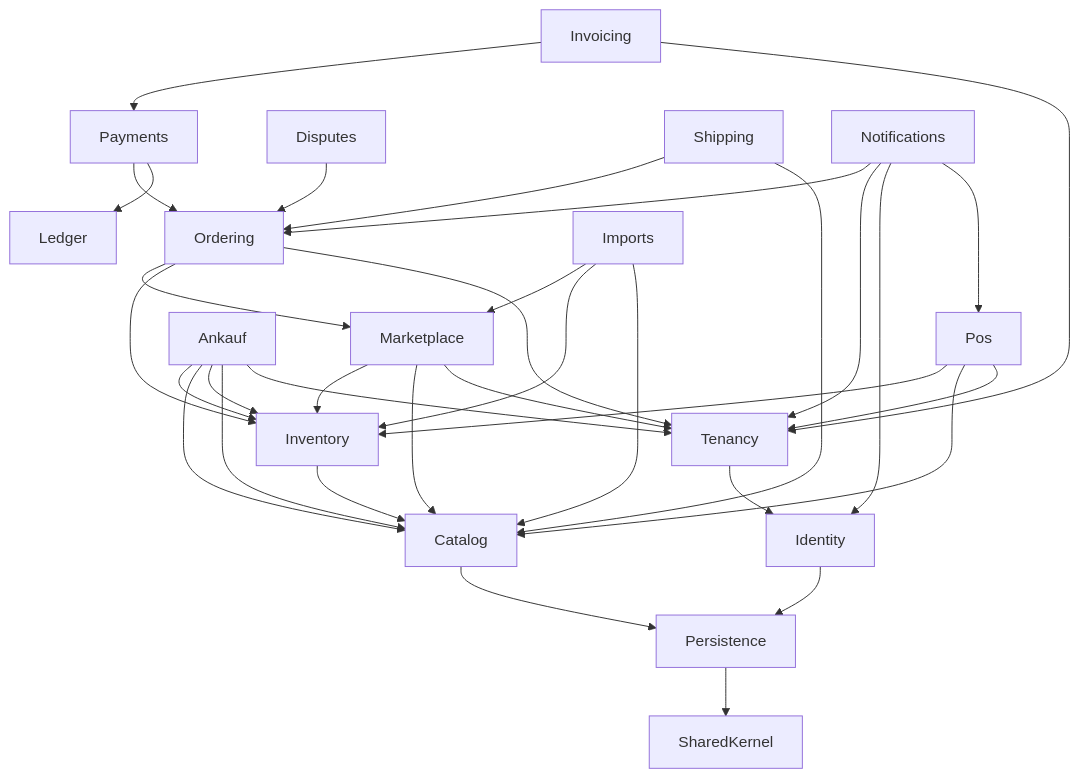
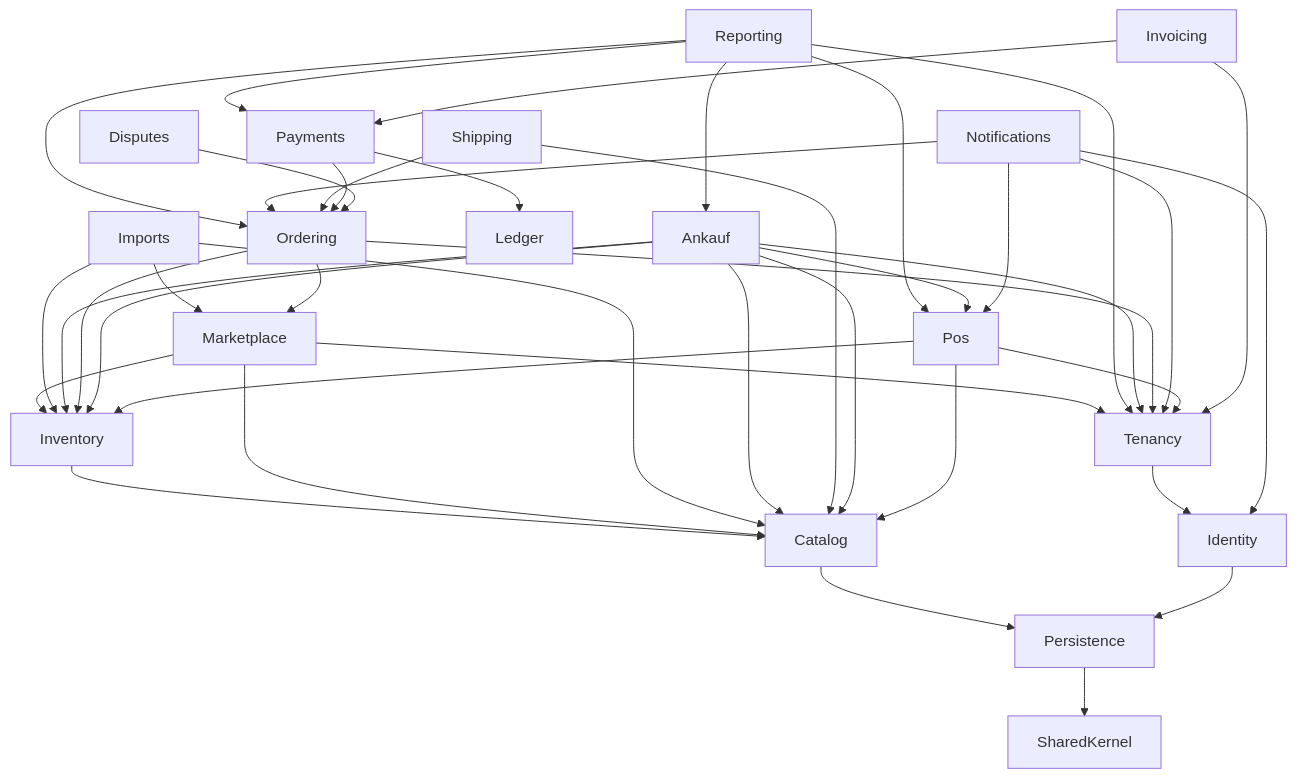
Before and after one commit to sedatakyol-49/handyNet: the second of 2 diagrams in docs/architecture.md, drawn with Mermaid. The commit also changed other lines of this file and 11 other files, not shown here.

````diff
--- a/docs/architecture.md
+++ b/docs/architecture.md
@@ -24,36 +24,42 @@
 ```mermaid
 flowchart TD
     Invoicing --> Payments
     Invoicing --> Tenancy
     Pos --> Inventory
     Pos --> Catalog
     Pos --> Tenancy
     Ankauf --> Inventory
     Ankauf --> Catalog
     Disputes --> Ordering
     Payments --> Ordering
     Payments --> Ledger
     Shipping --> Ordering
     Shipping --> Catalog
     Notifications --> Ordering
     Notifications --> Tenancy
     Notifications --> Identity
     Notifications --> Pos
     Ordering --> Marketplace
     Ordering --> Inventory
     Ordering --> Tenancy
     Ankauf --> Inventory
     Ankauf --> Catalog
     Ankauf --> Tenancy
+    Ankauf --> Pos
+    Reporting --> Pos
+    Reporting --> Ankauf
+    Reporting --> Ordering
+    Reporting --> Payments
+    Reporting --> Tenancy
     Imports --> Marketplace
     Imports --> Inventory
     Imports --> Catalog
     Marketplace --> Inventory
     Marketplace --> Catalog
     Marketplace --> Tenancy
     Inventory --> Catalog
     Tenancy --> Identity
     Identity --> Persistence
     Catalog --> Persistence
     Persistence --> SharedKernel
 ```
````
